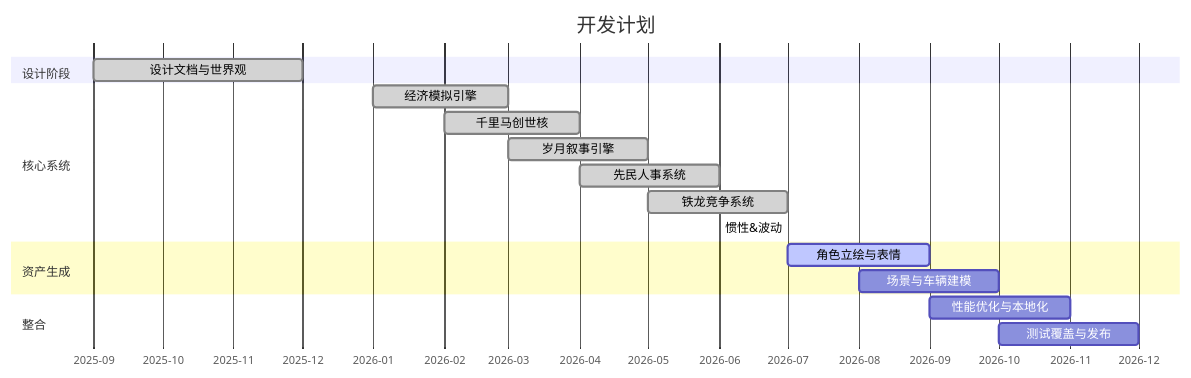
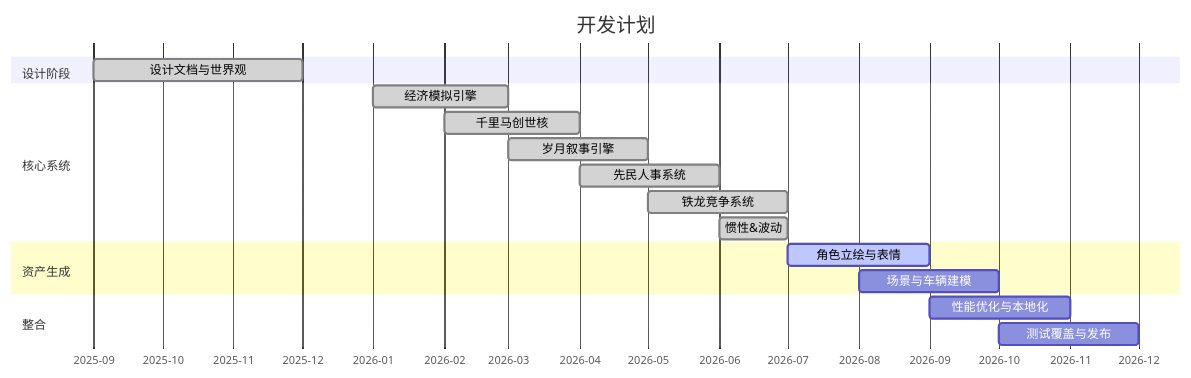
One commit to NMDX0721/RailwayRenaissance changed the seventh of 8 diagrams in README.zh-CN.md. Above: the diagram before and after it, drawn with Mermaid. The commit also changed 1 other file, not shown here.

Commit message:
docs: revert gantt date format to YYYY-MM for consistent background rendering

````diff
--- a/README.zh-CN.md
+++ b/README.zh-CN.md
@@ -628,21 +628,21 @@
 ```mermaid
 gantt
     title 开发计划
     dateFormat  YYYY-MM
     axisFormat  %Y-%m
     section 设计阶段
     设计文档与世界观       :done, 2025-09, 2025-12
     section 核心系统
     经济模拟引擎           :done, 2026-01, 2026-03
     千里马创世核           :done, 2026-02, 2026-04
     岁月叙事引擎           :done, 2026-03, 2026-05
     先民人事系统           :done, 2026-04, 2026-06
     铁龙竞争系统           :done, 2026-05, 2026-07
-    惯性&波动             :done, 2026-06-01, 2026-07-01
+    惯性&波动             :done, 2026-06, 2026-07
     section 资产生成
     角色立绘与表情         :active, 2026-07, 2026-09
     场景与车辆建模         :2026-08, 2026-10
     section 整合
     性能优化与本地化       :2026-09, 2026-11
     测试覆盖与发布         :2026-10, 2026-12
 ```
````
